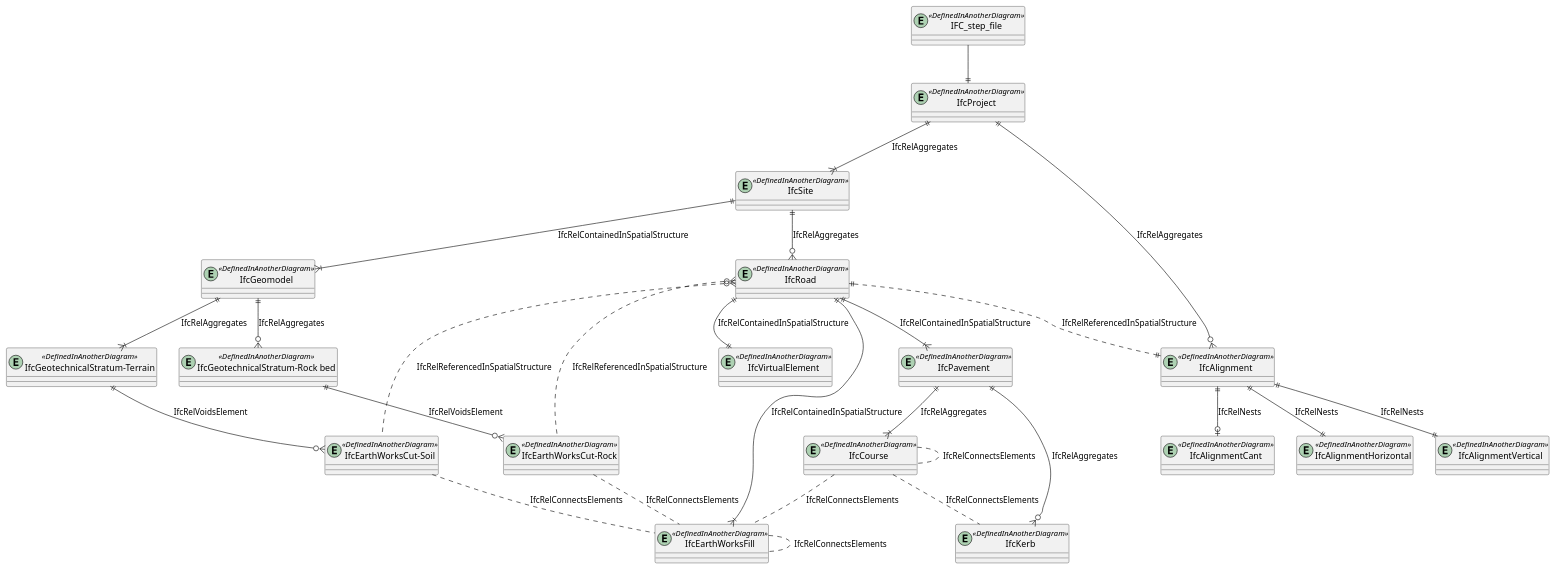
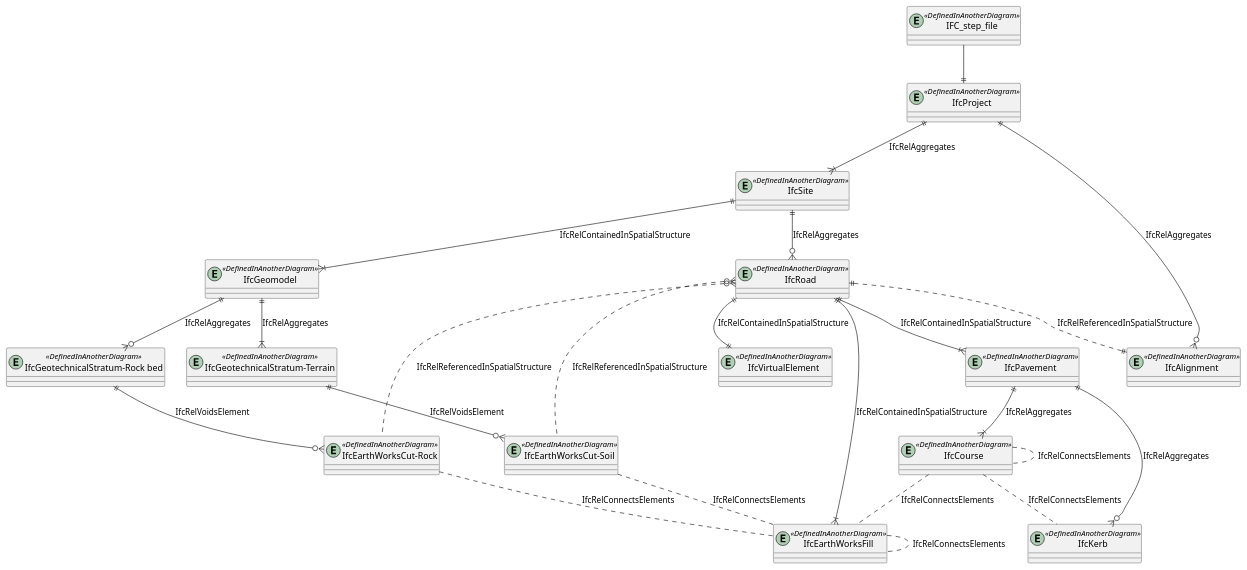
The diagram in diagrams/bsf-ifc-hierarkia.pu (buildingSMART-Finland/RYTV-IFCRoute), drawn with PlantUML before and after one commit. The commit also changed 1 other file, not shown here.

```diff
--- a/diagrams/bsf-ifc-hierarkia.pu
+++ b/diagrams/bsf-ifc-hierarkia.pu
@@ -1,73 +1,68 @@
 @startuml 
 
 entity IFC_step_file <<DefinedInAnotherDiagram>>
 
 entity IfcProject <<DefinedInAnotherDiagram>>
 IFC_step_file--||IfcProject
 
 entity IfcSite <<DefinedInAnotherDiagram>>
 IfcProject||--|{IfcSite : IfcRelAggregates
 
 
 entity IfcRoad <<DefinedInAnotherDiagram>> 
 IfcSite||--o{IfcRoad : IfcRelAggregates
 
 
 entity IfcVirtualElement <<DefinedInAnotherDiagram>>
 IfcRoad||--||IfcVirtualElement : IfcRelContainedInSpatialStructure
 
 entity IfcGeomodel <<DefinedInAnotherDiagram>>
 
 IfcSite||--|{IfcGeomodel : IfcRelContainedInSpatialStructure
 
 entity "IfcGeotechnicalStratum-Terrain" <<DefinedInAnotherDiagram>>
 IfcGeomodel||--|{"IfcGeotechnicalStratum-Terrain":IfcRelAggregates
 entity "IfcGeotechnicalStratum-Rock bed" <<DefinedInAnotherDiagram>>
 IfcGeomodel||--o{"IfcGeotechnicalStratum-Rock bed":IfcRelAggregates
 
 
 entity IfcPavement <<DefinedInAnotherDiagram>>
 IfcRoad||--|{IfcPavement : IfcRelContainedInSpatialStructure
 
 entity "IfcEarthWorksCut-Rock" <<DefinedInAnotherDiagram>>
 IfcRoad}o.."IfcEarthWorksCut-Rock": IfcRelReferencedInSpatialStructure
 entity "IfcEarthWorksCut-Soil" <<DefinedInAnotherDiagram>>
 IfcRoad}o.."IfcEarthWorksCut-Soil": IfcRelReferencedInSpatialStructure
 
 
 "IfcGeotechnicalStratum-Rock bed"||--o{"IfcEarthWorksCut-Rock" : IfcRelVoidsElement
 "IfcGeotechnicalStratum-Terrain"||--o{"IfcEarthWorksCut-Soil" : IfcRelVoidsElement
 
 entity IfcEarthWorksFill <<DefinedInAnotherDiagram>>
 IfcRoad||--|{IfcEarthWorksFill : IfcRelContainedInSpatialStructure
 
 IfcEarthWorksFill..IfcEarthWorksFill:IfcRelConnectsElements
 
 "IfcEarthWorksCut-Rock"..IfcEarthWorksFill :IfcRelConnectsElements 
 "IfcEarthWorksCut-Soil"..IfcEarthWorksFill :IfcRelConnectsElements 
 
 entity IfcCourse <<DefinedInAnotherDiagram>>
 IfcPavement||--|{IfcCourse :IfcRelAggregates
 
 IfcCourse..IfcCourse:IfcRelConnectsElements
 IfcCourse..IfcEarthWorksFill:IfcRelConnectsElements
 
 entity IfcKerb <<DefinedInAnotherDiagram>>
 IfcPavement||--o{IfcKerb :IfcRelAggregates
 IfcCourse..IfcKerb:IfcRelConnectsElements
 
 
 entity IfcAlignment <<DefinedInAnotherDiagram>>
 IfcProject||--o{IfcAlignment : IfcRelAggregates
-entity IfcAlignmentHorizontal <<DefinedInAnotherDiagram>>
-IfcAlignment||--||IfcAlignmentHorizontal : IfcRelNests
-entity IfcAlignmentVertical <<DefinedInAnotherDiagram>>
-IfcAlignment||--||IfcAlignmentVertical : IfcRelNests
-entity IfcAlignmentCant <<DefinedInAnotherDiagram>>
-IfcAlignment||--o|IfcAlignmentCant : IfcRelNests
+
 
 IfcRoad||..||IfcAlignment : IfcRelReferencedInSpatialStructure
 
 
 
 @enduml
```
